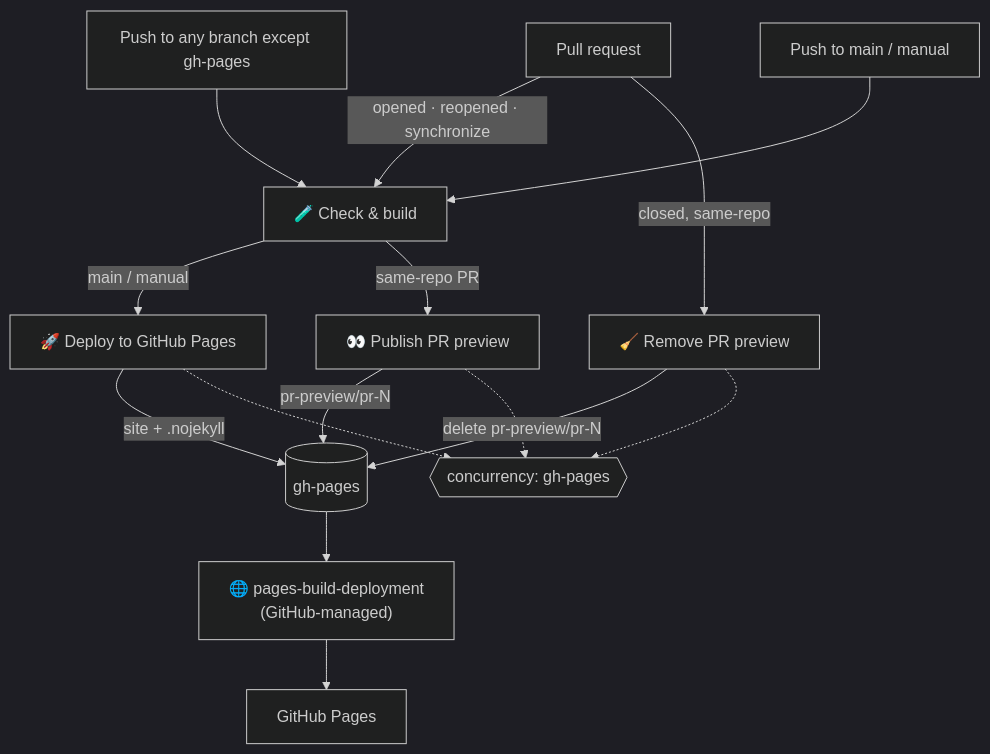
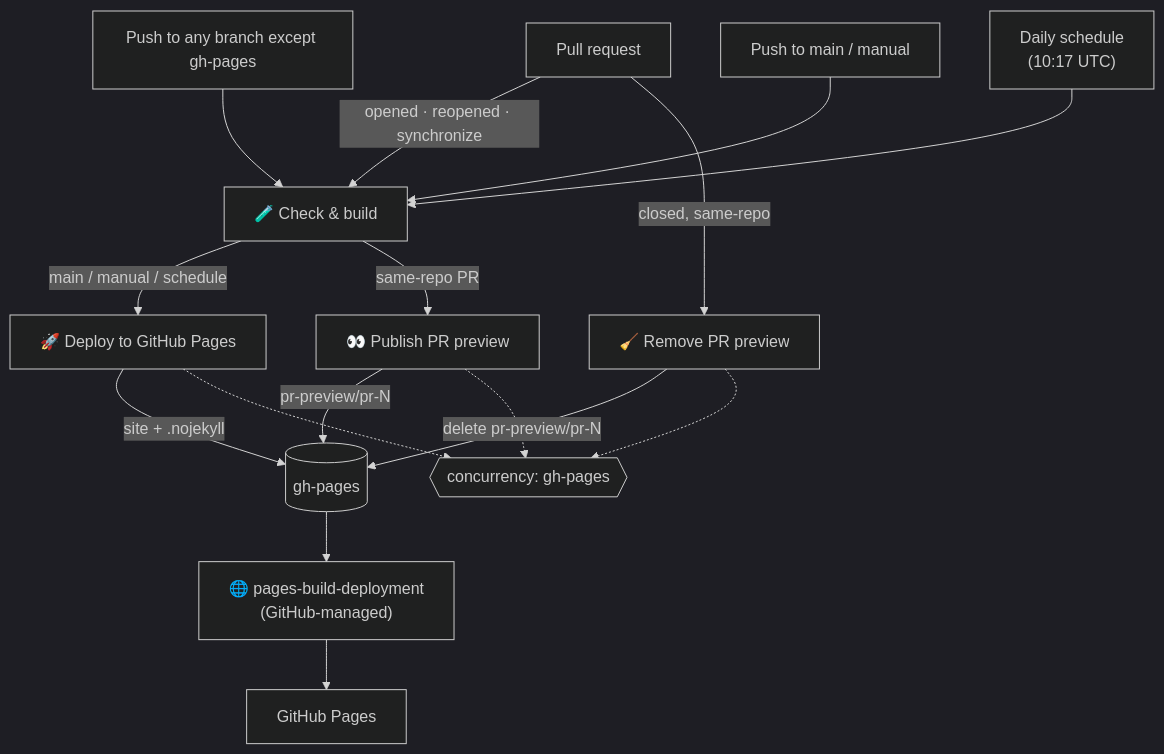
One commit to Asuswrt-Merlin/website.gnuton changed the diagram in docs/ci-pipeline.md. Above: the diagram before and after it, drawn with Mermaid (dark theme). The commit also changed other lines of this file and 11 other files, not shown here.

First line of the commit message:
Add GitHub community stats to the home page

````diff
--- a/docs/ci-pipeline.md
+++ b/docs/ci-pipeline.md
@@ -6,22 +6,23 @@
 ```mermaid
 flowchart TD
   PR["Pull request"] -->|"opened · reopened · synchronize"| CHECK["🧪 Check & build"]
   PR -->|"closed, same-repo"| CLEANUP["🧹 Remove PR preview"]
   PUSH["Push to any branch except gh-pages"] --> CHECK
   MAIN["Push to main / manual"] --> CHECK
+  CRON["Daily schedule<br/>(10:17 UTC)"] --> CHECK
 
-  CHECK -->|"main / manual"| DEPLOY["🚀 Deploy to GitHub Pages"]
+  CHECK -->|"main / manual / schedule"| DEPLOY["🚀 Deploy to GitHub Pages"]
   CHECK -->|"same-repo PR"| PREVIEW["👀 Publish PR preview"]
 
   DEPLOY -->|"site + .nojekyll"| GHP[(gh-pages)]
   PREVIEW -->|"pr-preview/pr-N"| GHP
   CLEANUP -->|"delete pr-preview/pr-N"| GHP
 
   GHP --> PAGES["🌐 pages-build-deployment<br/>(GitHub-managed)"]
   PAGES --> SITE["GitHub Pages"]
 
   LOCK{{"concurrency: gh-pages"}}
   DEPLOY -.-> LOCK
   PREVIEW -.-> LOCK
   CLEANUP -.-> LOCK
 ```
````
